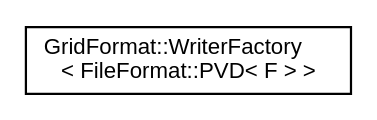
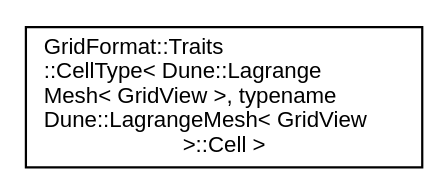
One commit to dglaeser/gridformat changed the diagram in inherit_graph_53.dot. Above: the diagram before and after it, drawn with Graphviz. The commit also changed 484 other files, not shown here.

```diff
--- a/inherit_graph_53.dot
+++ b/inherit_graph_53.dot
@@ -1,8 +1,8 @@
 digraph "Graphical Class Hierarchy"
 {
  // LATEX_PDF_SIZE
   edge [fontname="Helvetica",fontsize="10",labelfontname="Helvetica",labelfontsize="10"];
   node [fontname="Helvetica",fontsize="10",shape=record];
   rankdir="LR";
-  Node0 [label="GridFormat::WriterFactory\l\< FileFormat::PVD\< F \> \>",height=0.2,width=0.4,color="black", fillcolor="white", style="filled",URL="$structGridFormat_1_1WriterFactory_3_01FileFormat_1_1PVD_3_01F_01_4_01_4.html",tooltip="Specialization of the WriterFactory for the .pvd time series format."];
+  Node0 [label="GridFormat::Traits\l::CellType\< Dune::Lagrange\lMesh\< GridView \>, typename\l Dune::LagrangeMesh\< GridView\l \>::Cell \>",height=0.2,width=0.4,color="black", fillcolor="white", style="filled",URL="$structGridFormat_1_1Traits_1_1CellType_3_01Dune_1_1LagrangeMesh_3_01GridView_01_4_00_01typename_431b0e8dc868cf6e17bc8d6903277e7f.html",tooltip=" "];
 }
```
